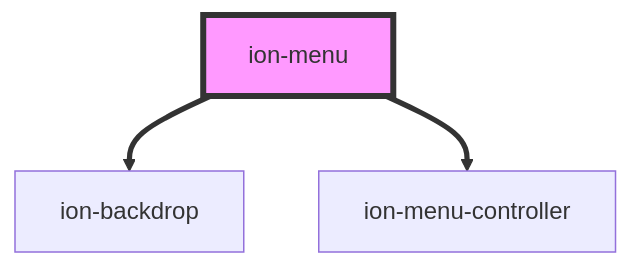
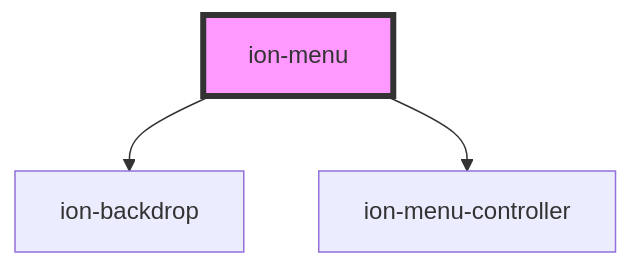
Before and after one commit to ionic-team/ionic-framework: the diagram in core/src/components/menu/readme.md, drawn with Mermaid. The commit also changed 39 other files, not shown here.

````diff
--- a/core/src/components/menu/readme.md
+++ b/core/src/components/menu/readme.md
@@ -470,6 +470,6 @@
 ```mermaid
 graph TD;
-  ion-menu ==> ion-backdrop
-  ion-menu ==> ion-menu-controller
+  ion-menu --> ion-backdrop
+  ion-menu --> ion-menu-controller
   style ion-menu fill:#f9f,stroke:#333,stroke-width:4px
 ```
````
